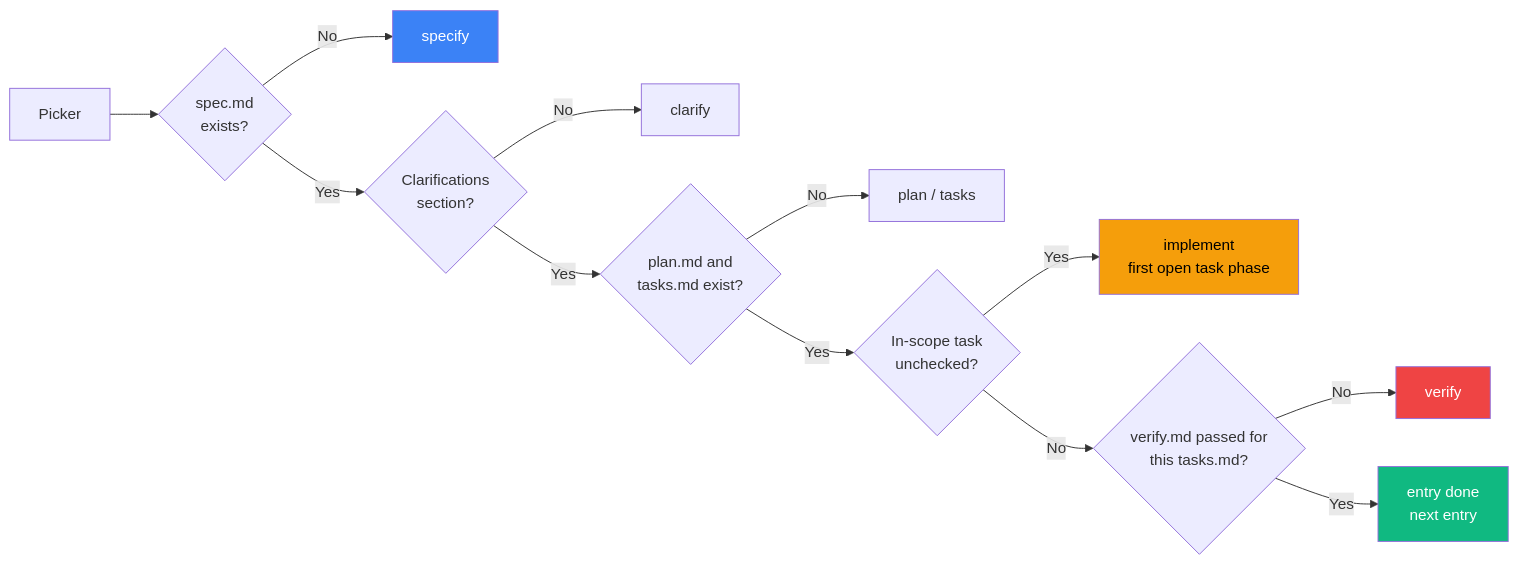
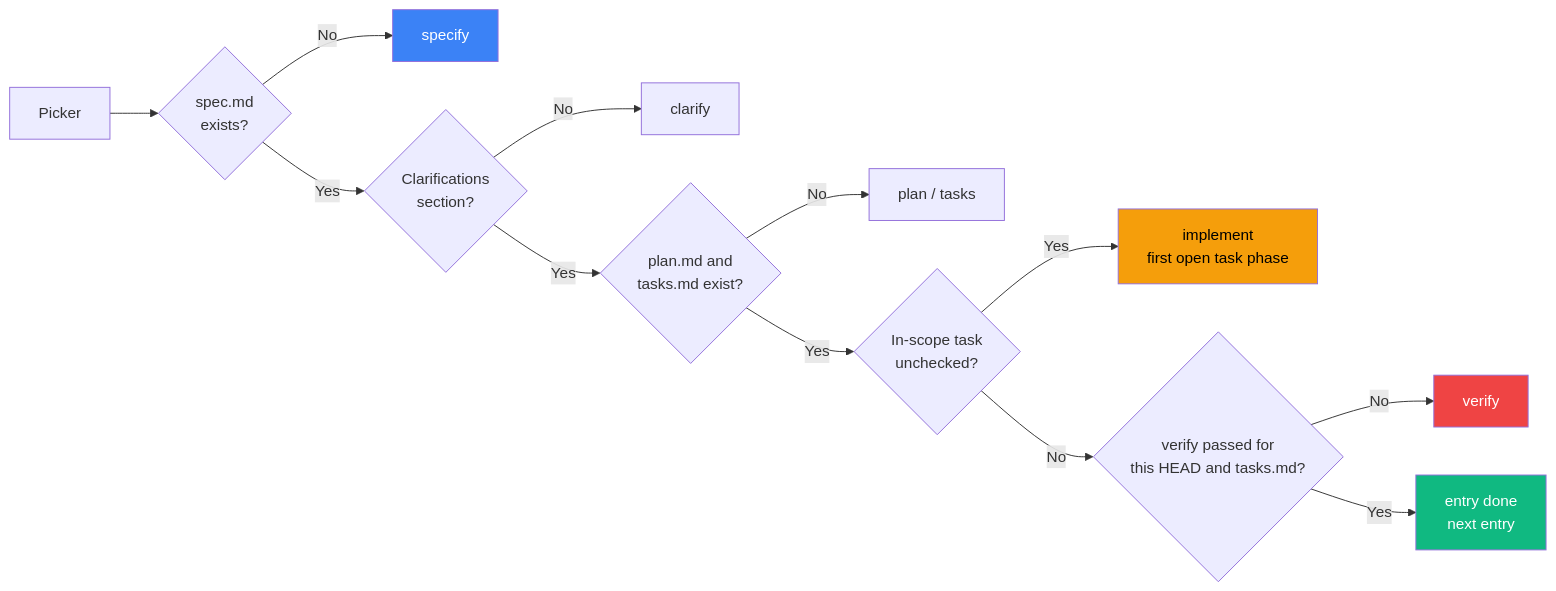
One commit to lukaskellerstein/dex changed the fourth of 11 diagrams in docs/SOLUTION.md. Above: the diagram before and after it, drawn with Mermaid. The commit also changed other lines of this file and 13 other files, not shown here.

````diff
--- a/docs/SOLUTION.md
+++ b/docs/SOLUTION.md
@@ -213,19 +213,19 @@
 ```mermaid
 flowchart LR
     PICK[Picker] --> SPEC{spec.md\nexists?}
     SPEC -->|No| SP["specify"]
     SPEC -->|Yes| CL{Clarifications\nsection?}
     CL -->|No| C["clarify"]
     CL -->|Yes| PL{plan.md and\ntasks.md exist?}
     PL -->|No| P["plan / tasks"]
     PL -->|Yes| T{In-scope task\nunchecked?}
     T -->|Yes| I["implement\nfirst open task phase"]
-    T -->|No| V{verify.md passed for\nthis tasks.md?}
+    T -->|No| V{verify passed for\nthis HEAD and tasks.md?}
     V -->|No| VE["verify"]
     V -->|Yes| D["entry done\nnext entry"]
 
     style SP fill:#3b82f6,color:#fff
     style I fill:#f59e0b,color:#000
     style VE fill:#ef4444,color:#fff
     style D fill:#10b981,color:#fff
 ```
````
